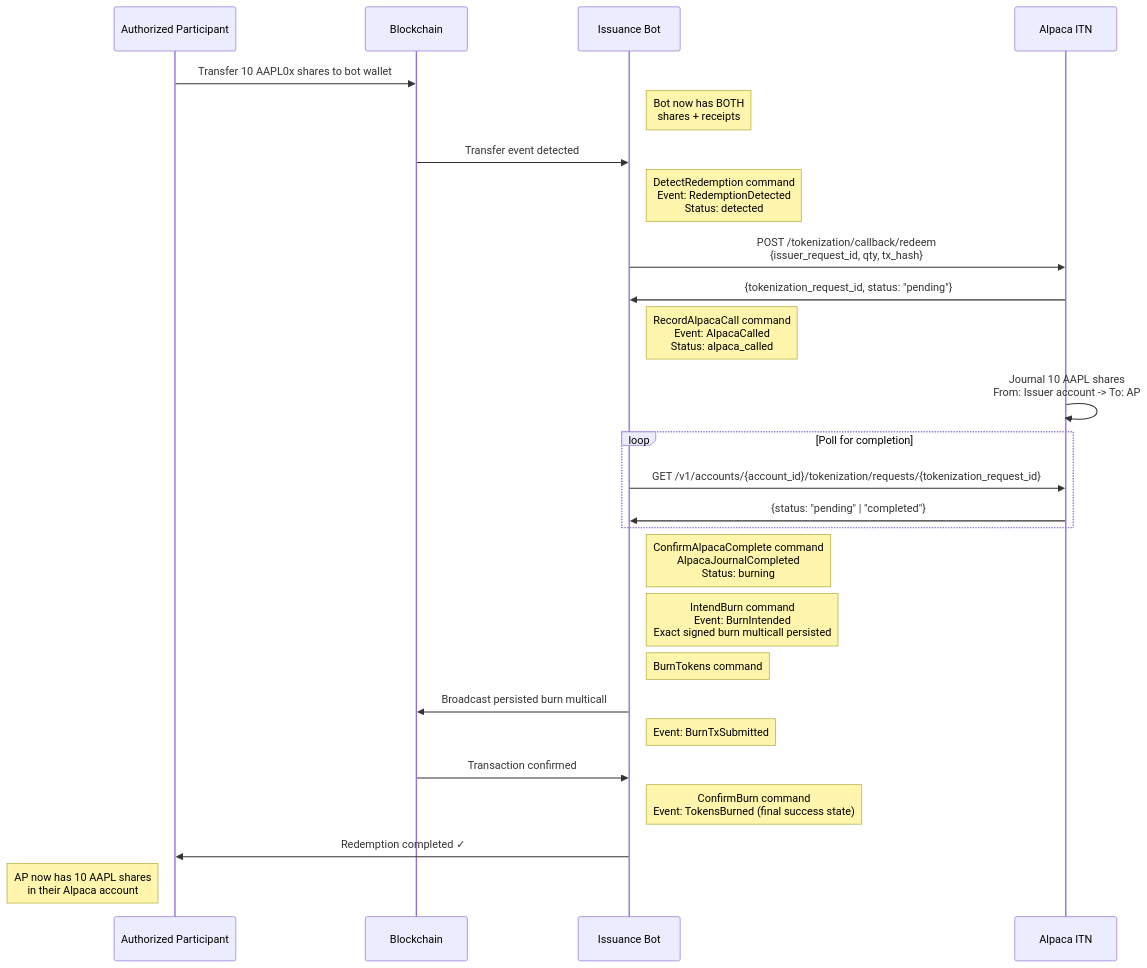
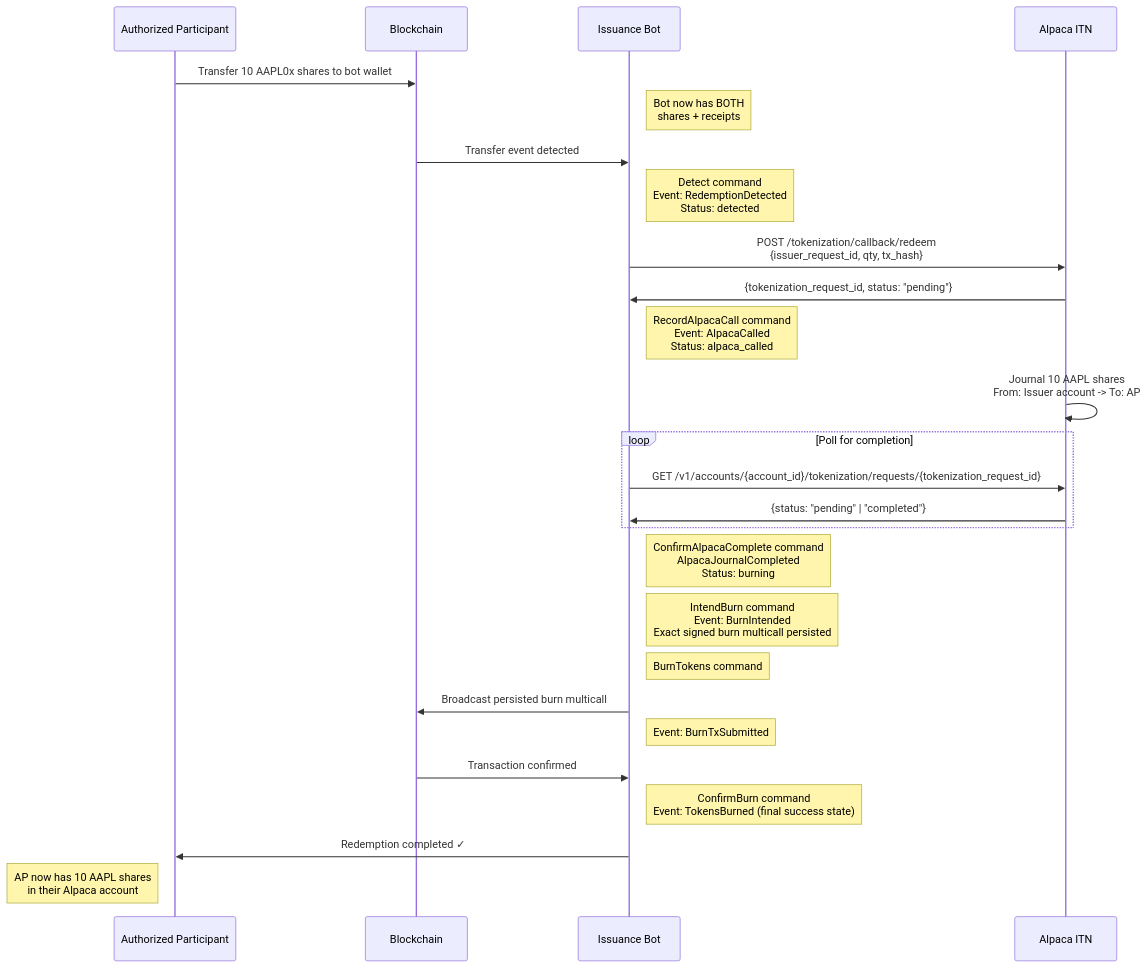
The seventh of 9 diagrams in SPEC.md (ST0x-Technology/st0x.issuance), drawn with Mermaid before and after one commit. The commit also changed other lines of this file, not shown here.

Commit message:
RAI-1216: Design & SPEC: orchestrator-based mint/burn flows

````diff
--- a/SPEC.md
+++ b/SPEC.md
@@ -2117,35 +3282,35 @@
 ```mermaid
 sequenceDiagram
     participant AP as Authorized Participant
     participant Blockchain as Blockchain
     participant Us as Issuance Bot
     participant Alpaca as Alpaca ITN
 
     AP->>Blockchain: Transfer 10 AAPL0x shares to bot wallet
     Note right of Us: Bot now has BOTH<br/>shares + receipts
     Blockchain->>Us: Transfer event detected
-    Note right of Us: DetectRedemption command<br/>Event: RedemptionDetected<br/>Status: detected
+    Note right of Us: Detect command<br/>Event: RedemptionDetected<br/>Status: detected
 
     Us->>Alpaca: POST /tokenization/callback/redeem<br/>{issuer_request_id, qty, tx_hash}
     Alpaca->>Us: {tokenization_request_id, status: "pending"}
     Note right of Us: RecordAlpacaCall command<br/>Event: AlpacaCalled<br/>Status: alpaca_called
 
     Alpaca->>Alpaca: Journal 10 AAPL shares<br/>From: Issuer account -> To: AP
 
     loop Poll for completion
         Us->>Alpaca: GET /v1/accounts/{account_id}/tokenization/requests/{tokenization_request_id}
         Alpaca->>Us: {status: "pending" | "completed"}
     end
 
     Note right of Us: ConfirmAlpacaComplete command<br/>AlpacaJournalCompleted<br/>Status: burning
 
     Note right of Us: IntendBurn command<br/>Event: BurnIntended<br/>Exact signed burn multicall persisted
     Note right of Us: BurnTokens command
     Us->>Blockchain: Broadcast persisted burn multicall
     Note right of Us: Event: BurnTxSubmitted
     Blockchain->>Us: Transaction confirmed
     Note right of Us: ConfirmBurn command<br/>Event: TokensBurned (final success state)
 
     Us->>AP: Redemption completed ✓
     Note left of AP: AP now has 10 AAPL shares<br/>in their Alpaca account
 ```
````
